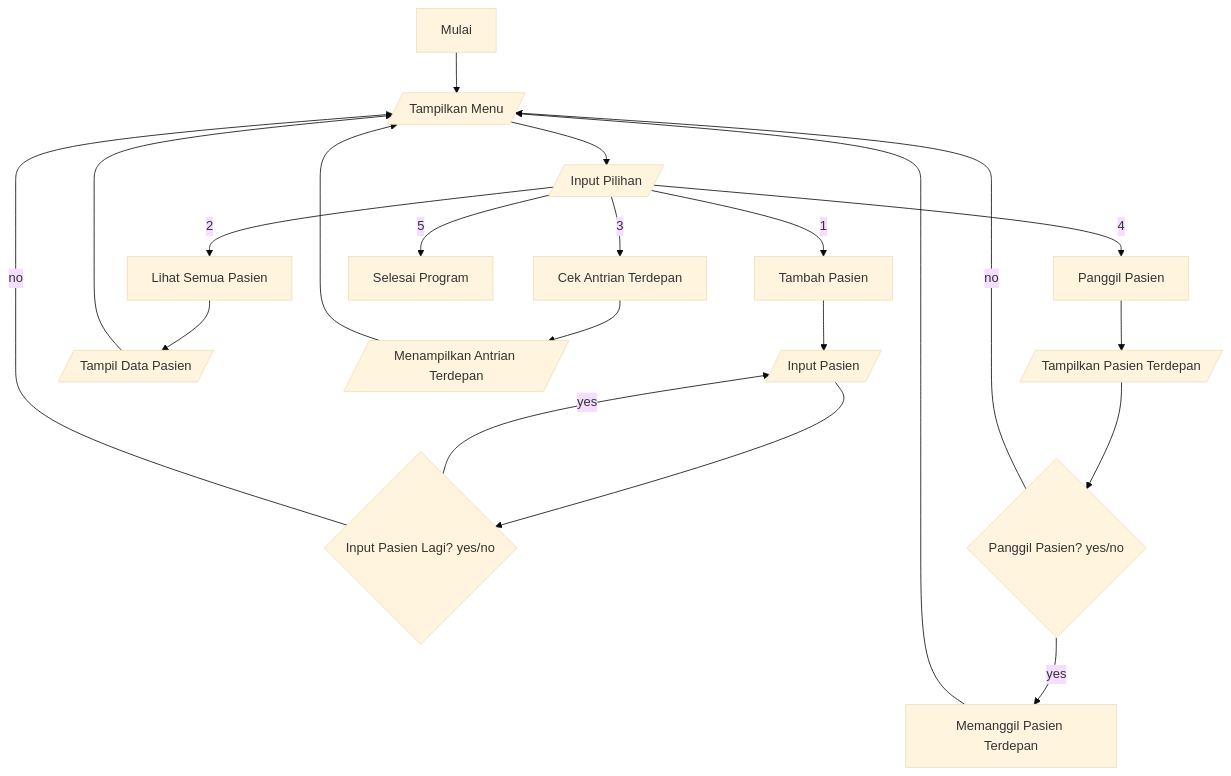
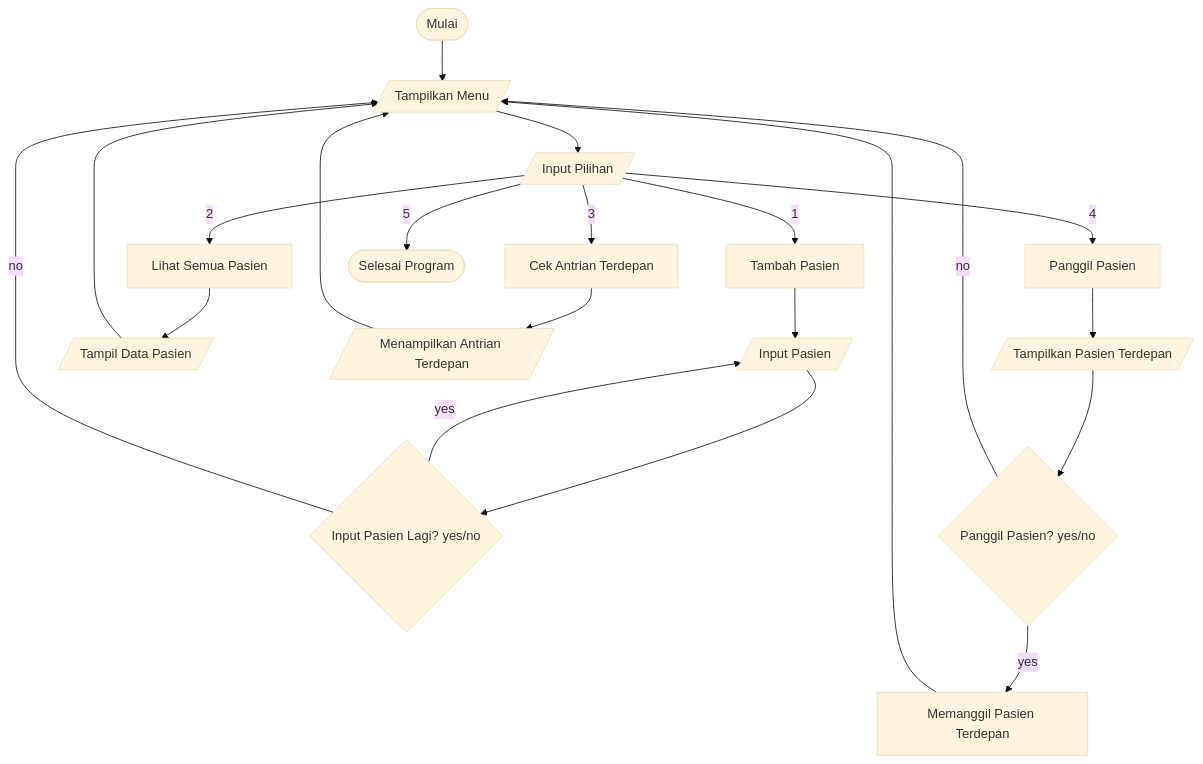
The diagram in README.md (Keydak/PROJECT-UTS-STRUKTUR-DATA), drawn with Mermaid (base theme) before and after one commit. The commit also changed other lines of this file, not shown here.

Commit message:
revisi flowchart + tambah implementasi program

````diff
--- a/README.md
+++ b/README.md
@@ -110,31 +113,31 @@
 ```mermaid
 flowchart TD
-    A[Mulai] --> B[/Tampilkan Menu/]
+    A([Mulai]) --> B[/Tampilkan Menu/]
     B --> C[/Input Pilihan/]
 
     C -->|1| D[Tambah Pasien]
     C -->|2| E[Lihat Semua Pasien]
     C -->|3| F[Cek Antrian Terdepan]
     C -->|4| G[Panggil Pasien]
 
 
     D --> K[/Input Pasien/]
     K --> Kondisi1{Input Pasien Lagi? yes/no}
     Kondisi1 --> |yes| K
     Kondisi1 --> |no| B
 
     E --> DataPasien[/Tampil Data Pasien/]
     DataPasien --> B
 
     F --> CekAntrianTerdepan[/Menampilkan Antrian Terdepan/]
     CekAntrianTerdepan --> B
 
     G --> PanggilPasien[/Tampilkan Pasien Terdepan/]
     PanggilPasien --> Kondisi2{Panggil Pasien? yes/no}
     Kondisi2 --> |yes| PanggilPasienProsess[Memanggil Pasien Terdepan]
     PanggilPasienProsess --> B
     Kondisi2 --> |no| B
 
 
-    C -->|5| Z[Selesai Program]
+    C -->|5| Z([Selesai Program])
 ```
````
